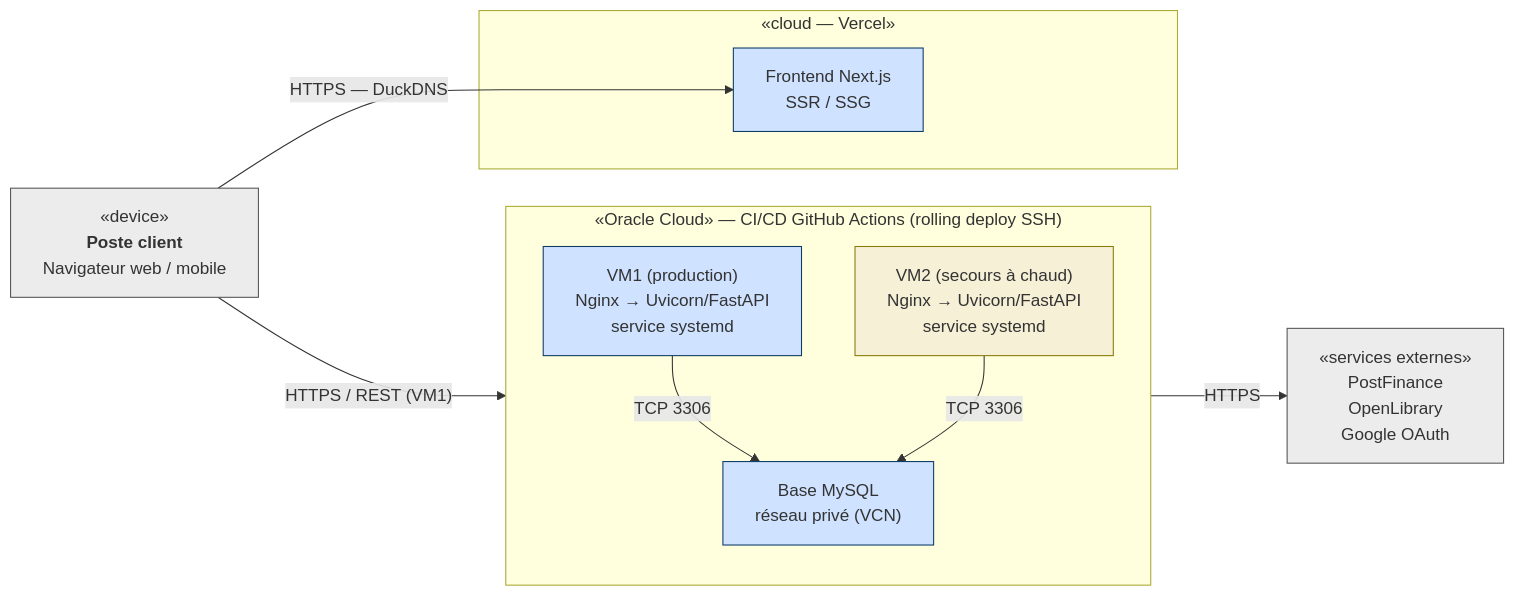
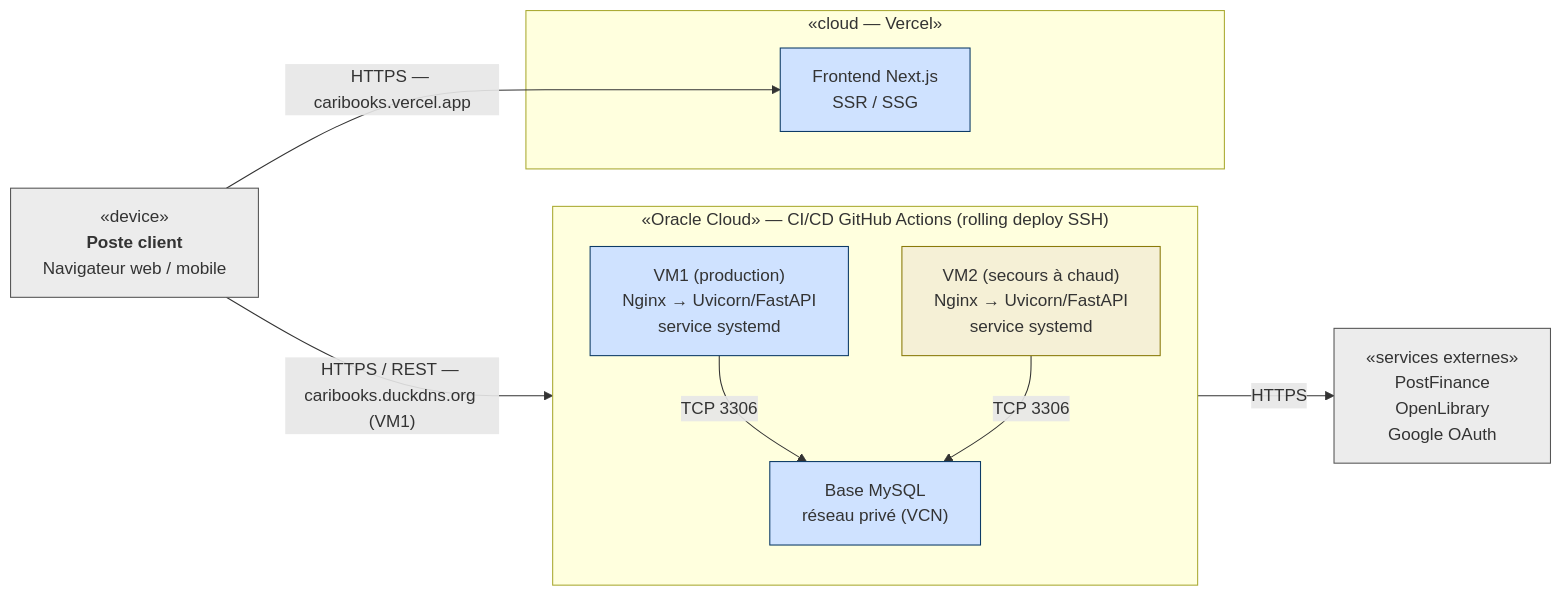
Before and after one commit to Visualstudiocodetest/caribooks: the diagram in diagrams/deploiement.mmd, drawn with Mermaid. The commit also changed 3 other files, not shown here.

First line of the commit message:
Fix swapped domain labels in deployment diagram, add them to architecture

```diff
--- a/diagrams/deploiement.mmd
+++ b/diagrams/deploiement.mmd
@@ -1,29 +1,29 @@
 %% Diagramme de déploiement — infrastructure physique de CARIBOOKS
 flowchart LR
     client["«device»<br/><b>Poste client</b><br/>Navigateur web / mobile"]
 
     subgraph vercel["«cloud — Vercel»"]
         fe["Frontend Next.js<br/>SSR / SSG"]
     end
 
     subgraph oracle["«Oracle Cloud» — CI/CD GitHub Actions (rolling deploy SSH)"]
         direction TB
         vm1["VM1 (production)<br/>Nginx → Uvicorn/FastAPI<br/>service systemd"]
         vm2["VM2 (secours à chaud)<br/>Nginx → Uvicorn/FastAPI<br/>service systemd"]
         db["Base MySQL<br/>réseau privé (VCN)"]
         vm1 -->|TCP 3306| db
         vm2 -->|TCP 3306| db
     end
 
     ext["«services externes»<br/>PostFinance<br/>OpenLibrary<br/>Google OAuth"]
 
-    client -->|HTTPS — DuckDNS| fe
-    client -->|"HTTPS / REST (VM1)"| vm1
+    client -->|"HTTPS — caribooks.vercel.app"| fe
+    client -->|"HTTPS / REST — caribooks.duckdns.org (VM1)"| vm1
     vm1 -->|HTTPS| ext
 
     classDef device fill:#ececec,stroke:#555;
     classDef artifact fill:#cfe2ff,stroke:#0d3b66;
     classDef standby fill:#f5f0d6,stroke:#8a7a0a;
     class client,ext device;
     class fe,vm1,db artifact;
     class vm2 standby;
```
